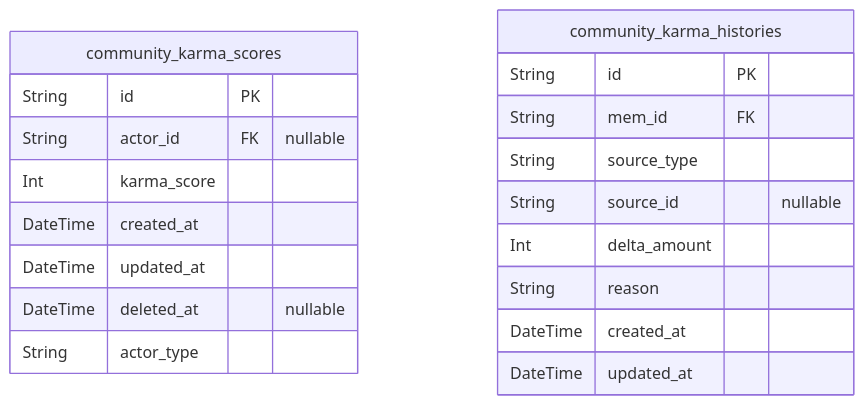
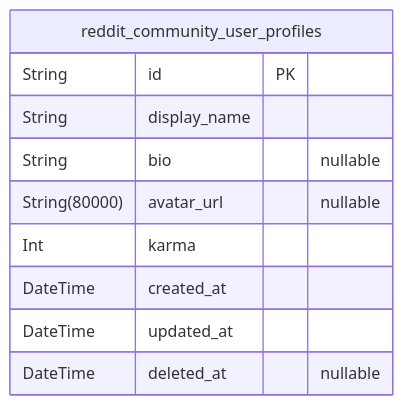
Before and after one commit to wrtnlabs/autobe-examples: the seventh of 7 diagrams in qwen/qwen3-next-80b-a3b-instruct/reddit/docs/ERD.md, drawn with Mermaid. The commit also changed other lines of this file and 3171 other files, not shown here.

````diff
--- a/qwen/qwen3-next-80b-a3b-instruct/reddit/docs/ERD.md
+++ b/qwen/qwen3-next-80b-a3b-instruct/reddit/docs/ERD.md
@@ -2125,22 +1316,13 @@
 ```mermaid
 erDiagram
-"community_karma_scores" {
+"reddit_community_user_profiles" {
   String id PK
-  String actor_id FK "nullable"
-  Int karma_score
+  String display_name
+  String bio "nullable"
+  String(80000) avatar_url "nullable"
+  Int karma
   DateTime created_at
   DateTime updated_at
   DateTime deleted_at "nullable"
-  String actor_type
-}
-"community_karma_histories" {
-  String id PK
-  String mem_id FK
-  String source_type
-  String source_id "nullable"
-  Int delta_amount
-  String reason
-  DateTime created_at
-  DateTime updated_at
 }
 ```
````
